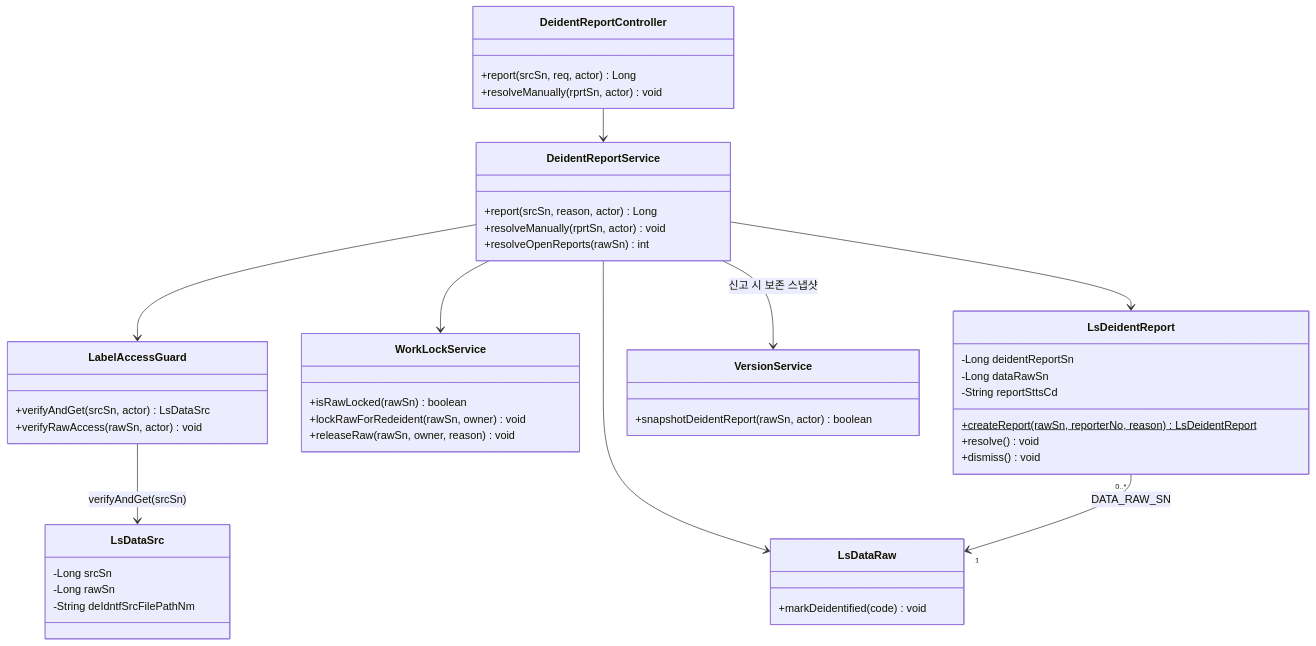
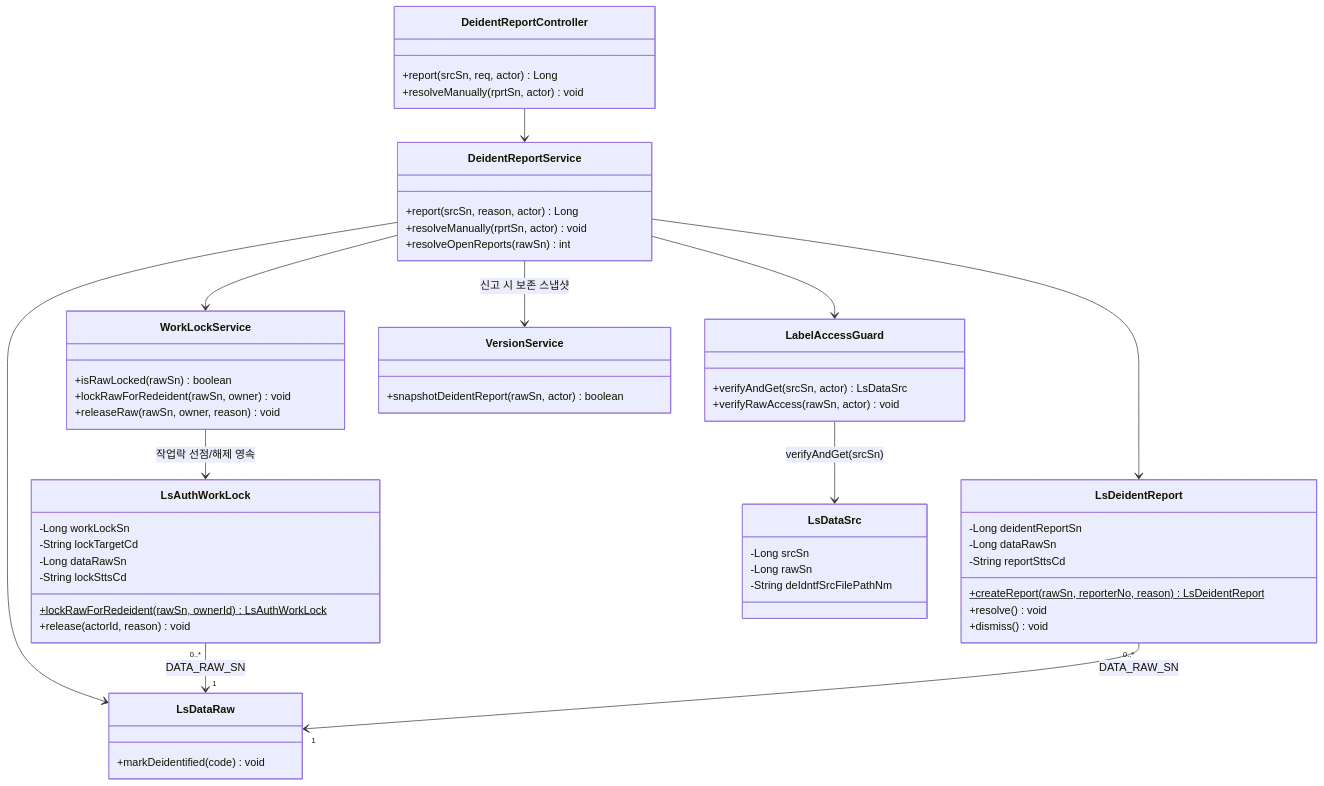
Before and after one commit to New-stella/klid-label: diagram 26 of 26 in docs/design/D1-클래스설계서.md, drawn with Mermaid. The commit also changed other lines of this file and 4 other files, not shown here.

````diff
--- a/docs/design/D1-클래스설계서.md
+++ b/docs/design/D1-클래스설계서.md
@@ -1225,49 +1239,59 @@
 ```mermaid
 classDiagram
     class DeidentReportController {
         +report(srcSn, req, actor) Long
         +resolveManually(rprtSn, actor) void
     }
     class DeidentReportService {
         +report(srcSn, reason, actor) Long
         +resolveManually(rprtSn, actor) void
         +resolveOpenReports(rawSn) int
     }
     class LsDeidentReport {
         -Long deidentReportSn
         -Long dataRawSn
         -String reportSttsCd
         +createReport(rawSn, reporterNo, reason)$ LsDeidentReport
         +resolve() void
         +dismiss() void
     }
     class WorkLockService {
         +isRawLocked(rawSn) boolean
         +lockRawForRedeident(rawSn, owner) void
         +releaseRaw(rawSn, owner, reason) void
     }
+    class LsAuthWorkLock {
+        -Long workLockSn
+        -String lockTargetCd
+        -Long dataRawSn
+        -String lockSttsCd
+        +lockRawForRedeident(rawSn, ownerId)$ LsAuthWorkLock
+        +release(actorId, reason) void
+    }
     class LabelAccessGuard {
         +verifyAndGet(srcSn, actor) LsDataSrc
         +verifyRawAccess(rawSn, actor) void
     }
     class LsDataSrc {
         -Long srcSn
         -Long rawSn
         -String deIdntfSrcFilePathNm
     }
     class VersionService {
         +snapshotDeidentReport(rawSn, actor) boolean
     }
     class LsDataRaw {
         +markDeidentified(code) void
     }
 
     DeidentReportController --> DeidentReportService
     DeidentReportService --> LabelAccessGuard
     DeidentReportService --> WorkLockService
     DeidentReportService --> VersionService : 신고 시 보존 스냅샷
     DeidentReportService --> LsDeidentReport
     DeidentReportService --> LsDataRaw
+    WorkLockService --> LsAuthWorkLock : 작업락 선점/해제 영속
+    LsAuthWorkLock "0..*" --> "1" LsDataRaw : DATA_RAW_SN
     LsDeidentReport "0..*" --> "1" LsDataRaw : DATA_RAW_SN
     LabelAccessGuard --> LsDataSrc : verifyAndGet(srcSn)
 ```
````
